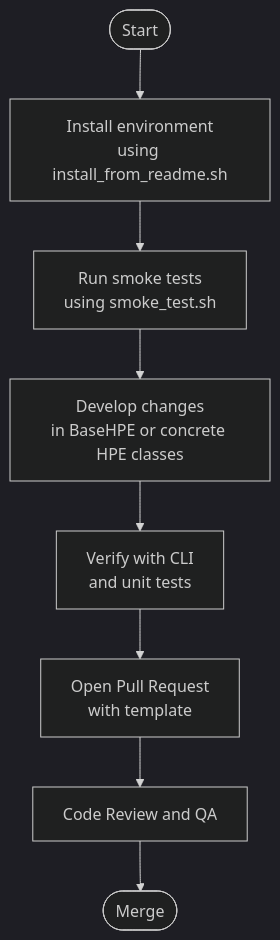
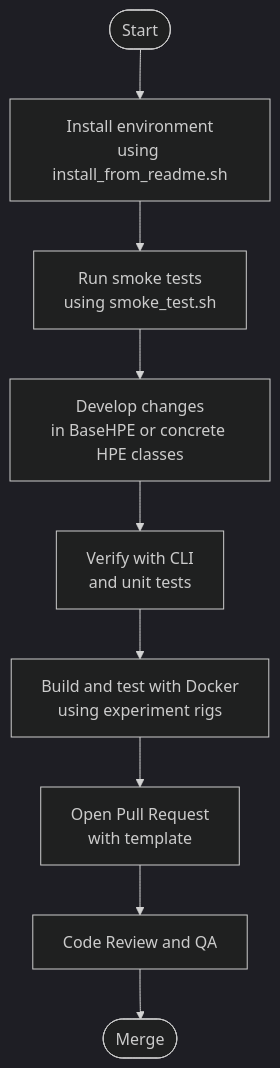
The third of 4 diagrams in .qoder/repowiki/en/content/Contributing Guidelines.md (Fogus-Gr/MeasurementsDTs), drawn with Mermaid (dark theme) before and after one commit. The commit also changed other lines of this file and 8 other files, not shown here.

````diff
--- a/.qoder/repowiki/en/content/Contributing Guidelines.md
+++ b/.qoder/repowiki/en/content/Contributing Guidelines.md
@@ -144,10 +190,11 @@
 ```mermaid
 flowchart TD
 Start(["Start"]) --> Setup["Install environment<br/>using install_from_readme.sh"]
 Setup --> Test["Run smoke tests<br/>using smoke_test.sh"]
 Test --> Dev["Develop changes<br/>in BaseHPE or concrete HPE classes"]
 Dev --> Verify["Verify with CLI<br/>and unit tests"]
-Verify --> PR["Open Pull Request<br/>with template"]
+Verify --> Docker["Build and test with Docker<br/>using experiment rigs"]
+Docker --> PR["Open Pull Request<br/>with template"]
 PR --> Review["Code Review and QA"]
 Review --> Merge(["Merge"])
 ```
````
